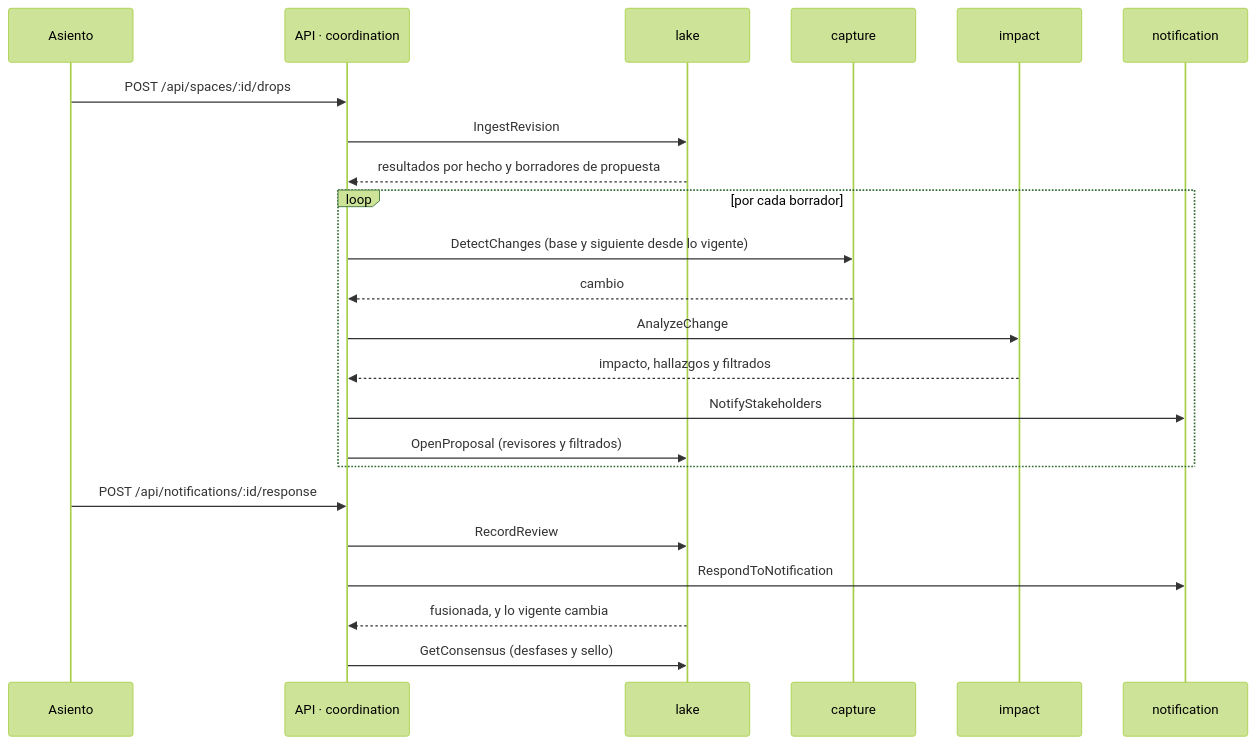
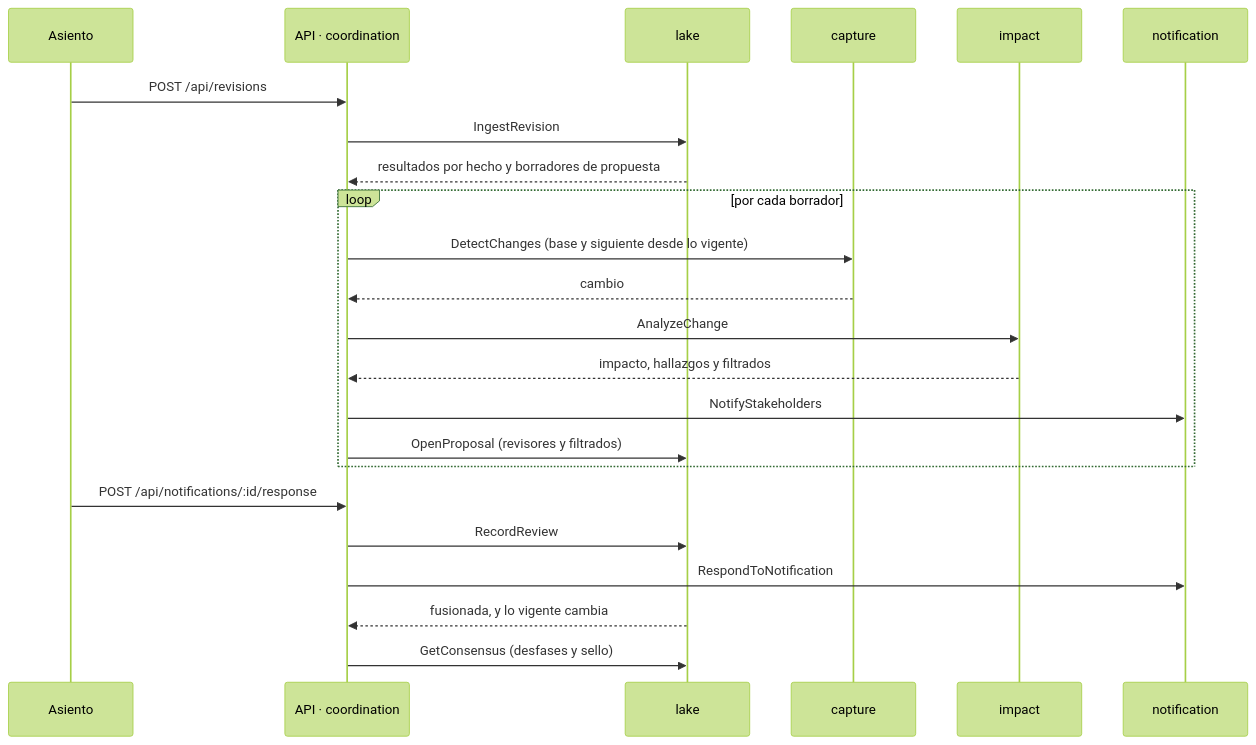
Before and after one commit to platanus-hack/platanus-hack-26-cl-team-27: the second of 2 diagrams in docs/arquitectura.md, drawn with Mermaid (forest theme). The commit also changed other lines of this file and 71 other files, not shown here.

````diff
--- a/docs/arquitectura.md
+++ b/docs/arquitectura.md
@@ -94,25 +96,25 @@
 ```mermaid
 sequenceDiagram
   participant S as Asiento
   participant A as API · coordination
   participant L as lake
   participant C as capture
   participant I as impact
   participant N as notification
-  S->>A: POST /api/spaces/:id/drops
+  S->>A: POST /api/revisions
   A->>L: IngestRevision
   L-->>A: resultados por hecho y borradores de propuesta
   loop por cada borrador
     A->>C: DetectChanges (base y siguiente desde lo vigente)
     C-->>A: cambio
     A->>I: AnalyzeChange
     I-->>A: impacto, hallazgos y filtrados
     A->>N: NotifyStakeholders
     A->>L: OpenProposal (revisores y filtrados)
   end
   S->>A: POST /api/notifications/:id/response
   A->>L: RecordReview
   A->>N: RespondToNotification
   L-->>A: fusionada, y lo vigente cambia
   A->>L: GetConsensus (desfases y sello)
 ```
````
